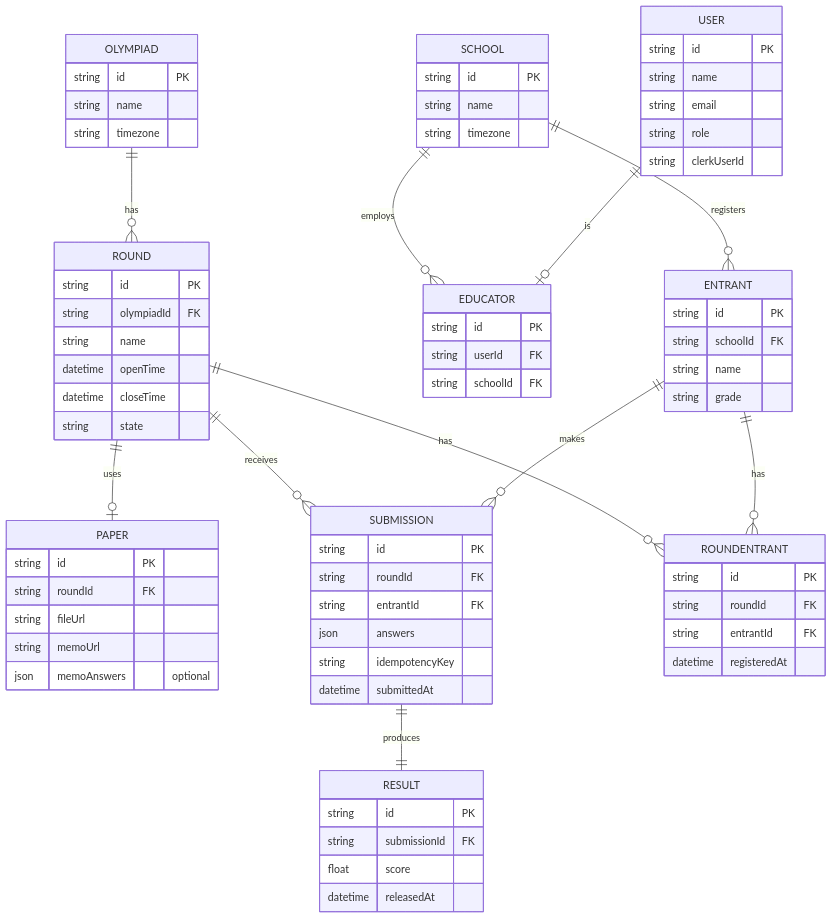
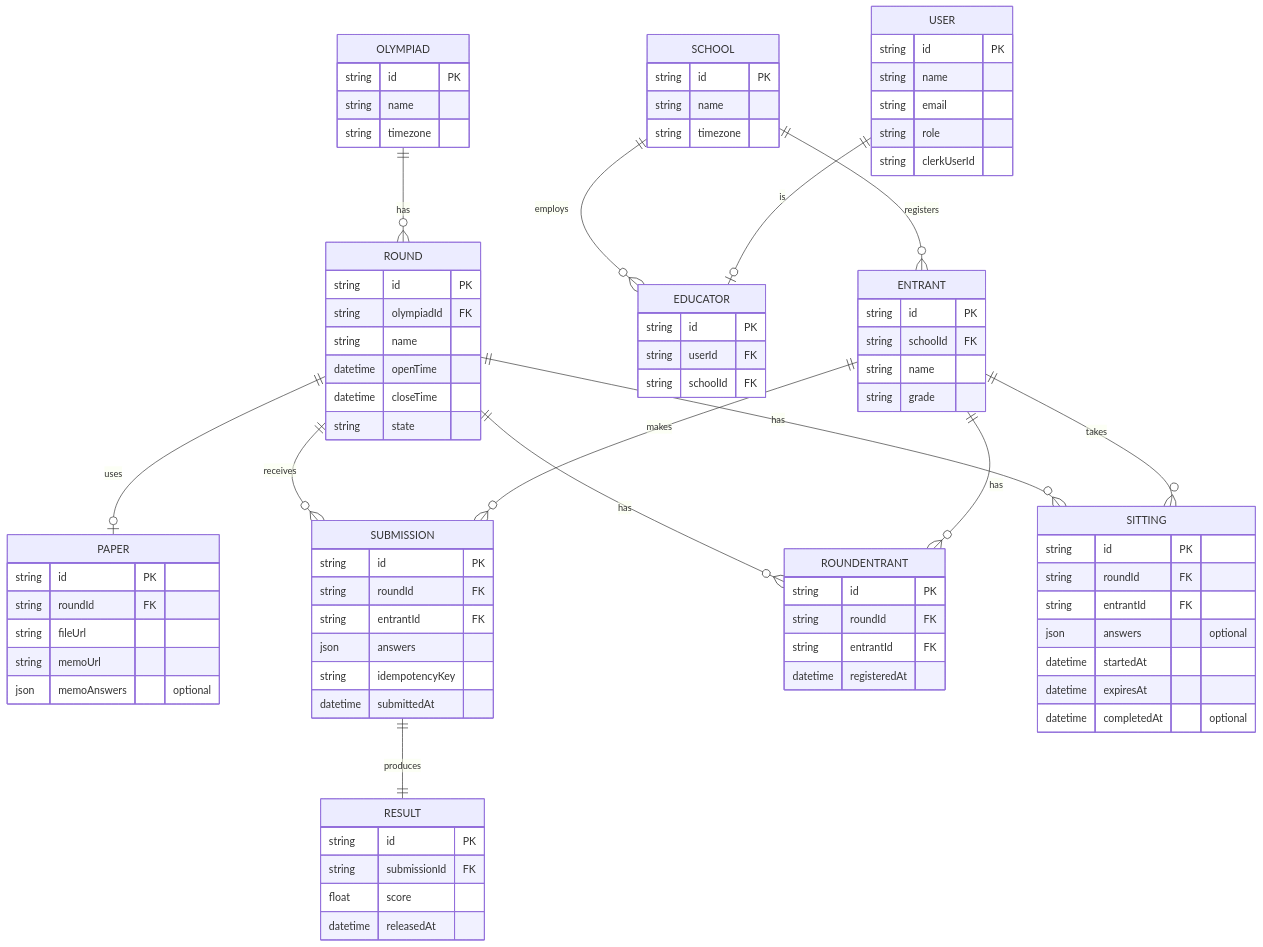
The diagram in documents/docs/database-schema.md (ZandileMkontwana/olympiad-portal), drawn with Mermaid before and after one commit. The commit also changed other lines of this file and 1 other file, not shown here.

Commit message:
docs: document sittings API and Sitting model

````diff
--- a/documents/docs/database-schema.md
+++ b/documents/docs/database-schema.md
@@ -12,11 +12,13 @@
   ROUND ||--o| PAPER : uses
   ROUND ||--o{ SUBMISSION : receives
   ROUND ||--o{ ROUNDENTRANT : has
+  ROUND ||--o{ SITTING : has
   SCHOOL ||--o{ EDUCATOR : employs
   SCHOOL ||--o{ ENTRANT : registers
   USER ||--o| EDUCATOR : is
   ENTRANT ||--o{ SUBMISSION : makes
   ENTRANT ||--o{ ROUNDENTRANT : has
+  ENTRANT ||--o{ SITTING : takes
   SUBMISSION ||--|| RESULT : produces
 
   OLYMPIAD {
@@ -82,4 +84,13 @@
     string entrantId FK
     datetime registeredAt
   }
+  SITTING {
+    string id PK
+    string roundId FK
+    string entrantId FK
+    json answers "optional"
+    datetime startedAt
+    datetime expiresAt
+    datetime completedAt "optional"
+  }
 ```
````
